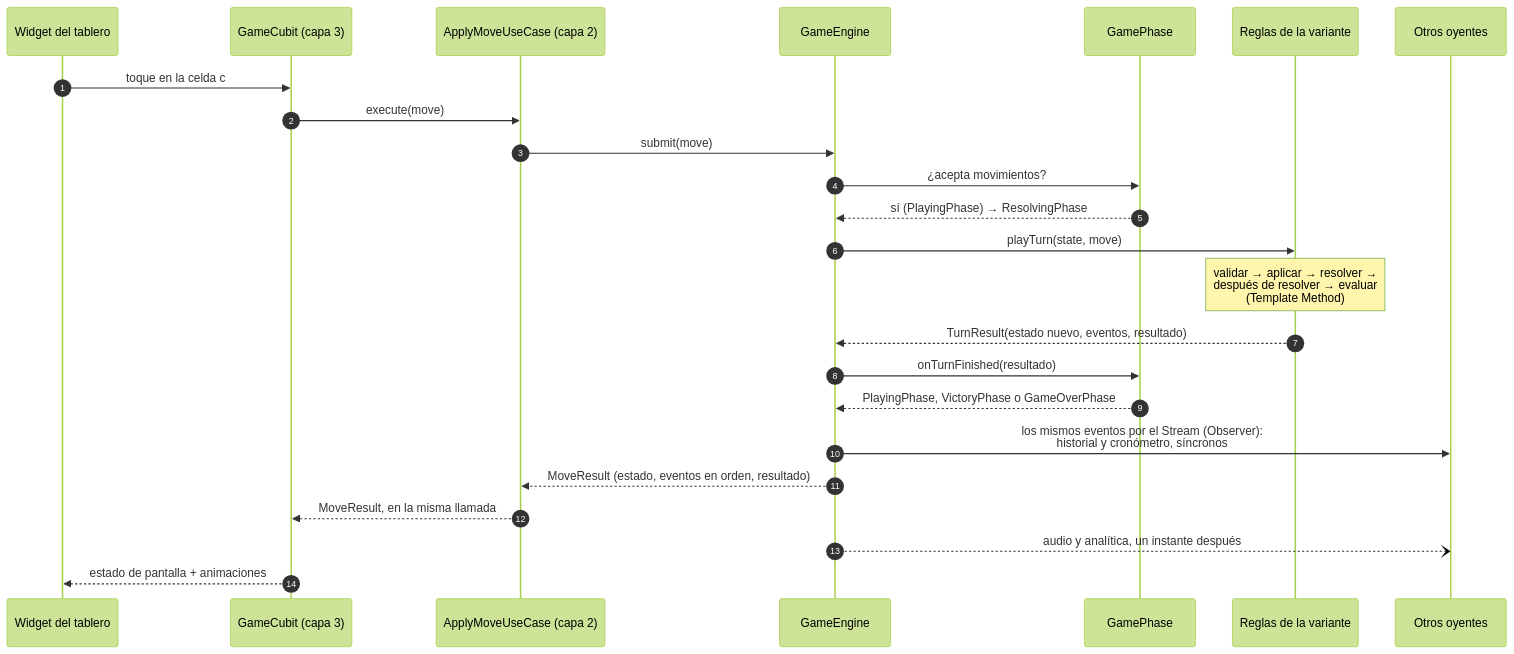
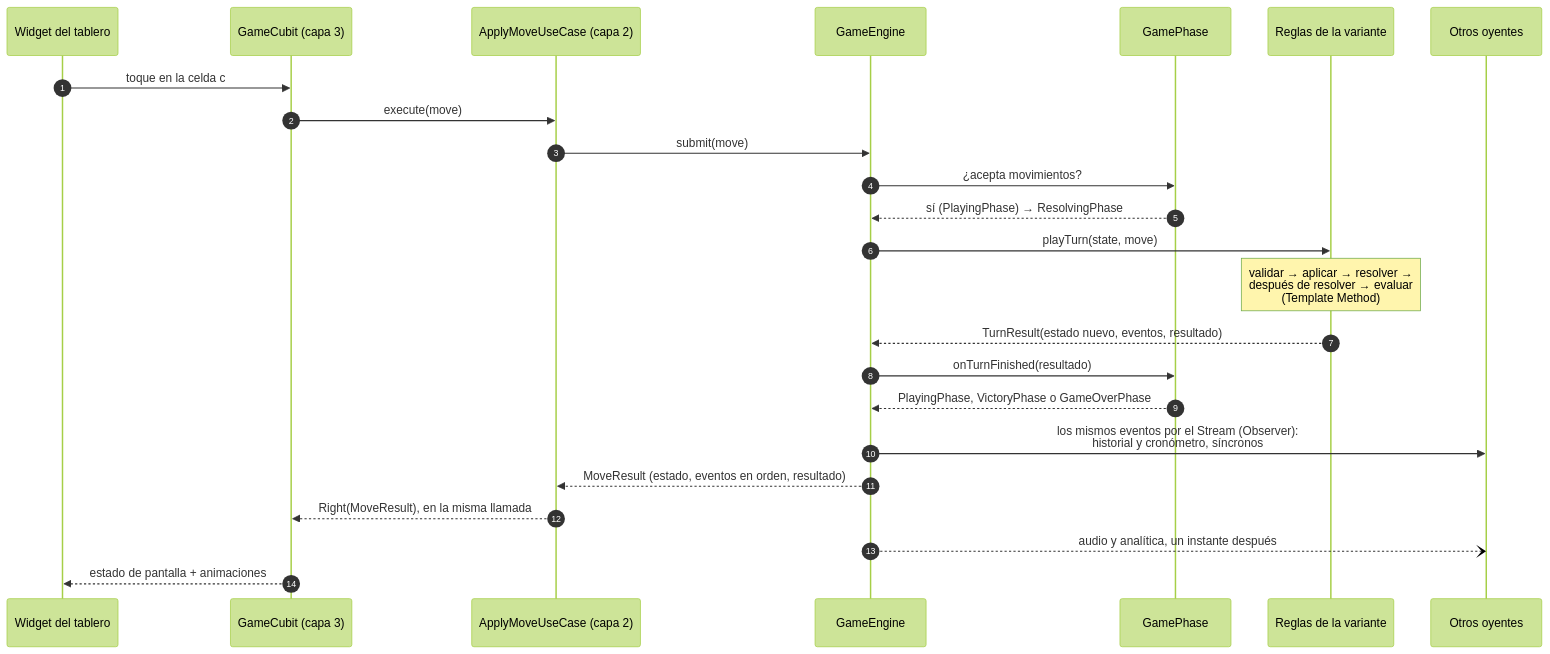
One commit to DanielHaro28/hexablock-app changed the second of 2 diagrams in docs/architecture/ARQ-02-MOTOR.md. Above: the diagram before and after it, drawn with Mermaid (forest theme). The commit also changed 39 other files, not shown here.

````diff
--- a/docs/architecture/ARQ-02-MOTOR.md
+++ b/docs/architecture/ARQ-02-MOTOR.md
@@ -124,26 +124,26 @@
 ```mermaid
 sequenceDiagram
     autonumber
     participant UI as Widget del tablero
     participant CU as GameCubit (capa 3)
     participant UC as ApplyMoveUseCase (capa 2)
     participant EN as GameEngine
     participant PH as GamePhase
     participant RU as Reglas de la variante
     participant OB as Otros oyentes
     UI->>CU: toque en la celda c
     CU->>UC: execute(move)
     UC->>EN: submit(move)
     EN->>PH: ¿acepta movimientos?
     PH-->>EN: sí (PlayingPhase) → ResolvingPhase
     EN->>RU: playTurn(state, move)
     Note over RU: validar → aplicar → resolver →<br/>después de resolver → evaluar<br/>(Template Method)
     RU-->>EN: TurnResult(estado nuevo, eventos, resultado)
     EN->>PH: onTurnFinished(resultado)
     PH-->>EN: PlayingPhase, VictoryPhase o GameOverPhase
     EN->>OB: los mismos eventos por el Stream (Observer):<br/>historial y cronómetro, síncronos
     EN-->>UC: MoveResult (estado, eventos en orden, resultado)
-    UC-->>CU: MoveResult, en la misma llamada
+    UC-->>CU: Right(MoveResult), en la misma llamada
     EN--)OB: audio y analítica, un instante después
     CU-->>UI: estado de pantalla + animaciones
 ```
````
